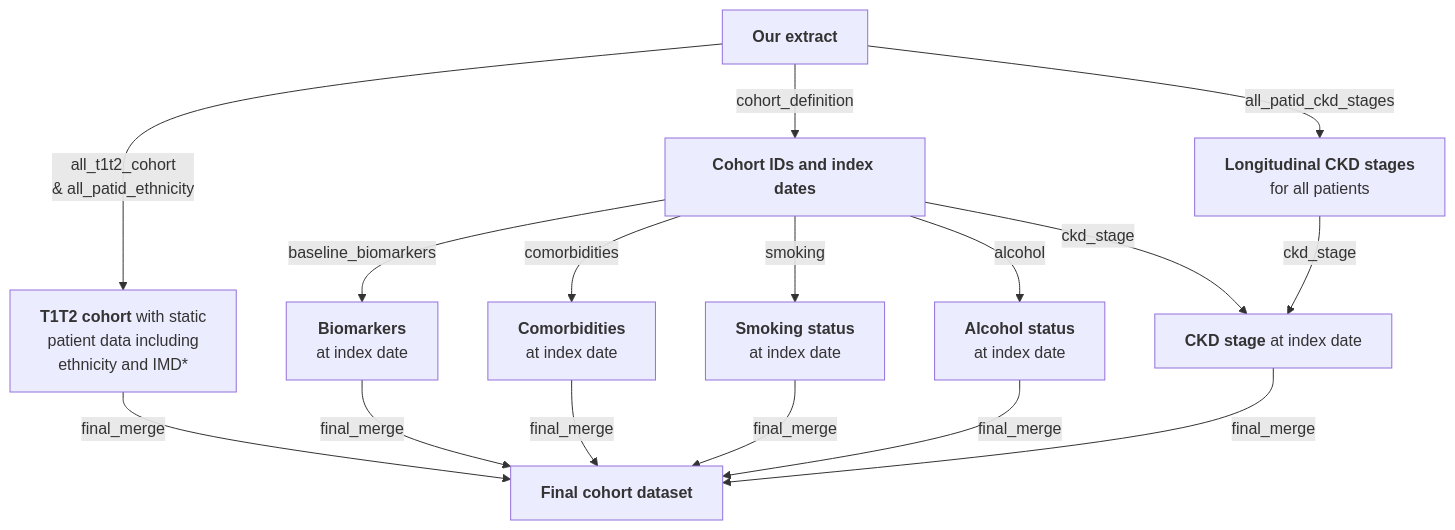
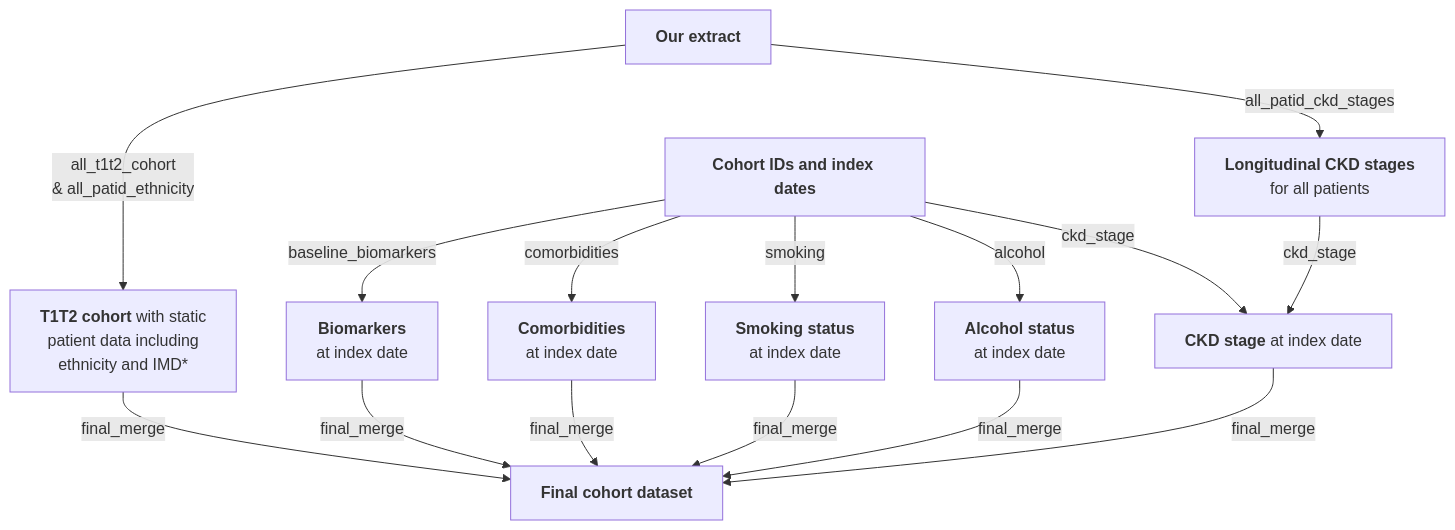
One commit to Exeter-Diabetes/CPRD-Cohort-scripts changed the second of 2 diagrams in README.md. Above: the diagram before and after it, drawn with Mermaid. The commit also changed other lines of this file, not shown here.

````diff
--- a/README.md
+++ b/README.md
@@ -46,19 +46,18 @@
 ```mermaid
 graph TD;
     A["<b>Our extract</b>"] --> |"all_t1t2_cohort <br> & all_patid_ethnicity"|B["<b>T1T2 cohort</b> with static <br> patient data including <br> ethnicity and IMD*"]
     A-->|"all_patid_ckd_stages"|C["<b>Longitudinal CKD stages</b> <br> for all patients"]
-    A-->|"cohort_definition"|D
     D["<b>Cohort IDs and index dates</b>"]
     D-->|"baseline_biomarkers"|E["<b>Biomarkers</b> <br> at index date"]
     D-->|"comorbidities"|F["<b>Comorbidities</b> <br> at index date"]
     D-->|"smoking"|G["<b>Smoking status</b> <br> at index date"]
     D-->|"alcohol"|H["<b>Alcohol status</b> <br> at index date"]
     D-->|"ckd_stage"|I["<b>CKD stage</b <br> at index date"]
     C-->|"ckd_stage"|I
     B-->|"final_merge"|J["<b>Final cohort dataset</b>"]
     E-->|"final_merge"|J
     F-->|"final_merge"|J
     G-->|"final_merge"|J
     H-->|"final_merge"|J
     I-->|"final_merge"|J
 ```
````
